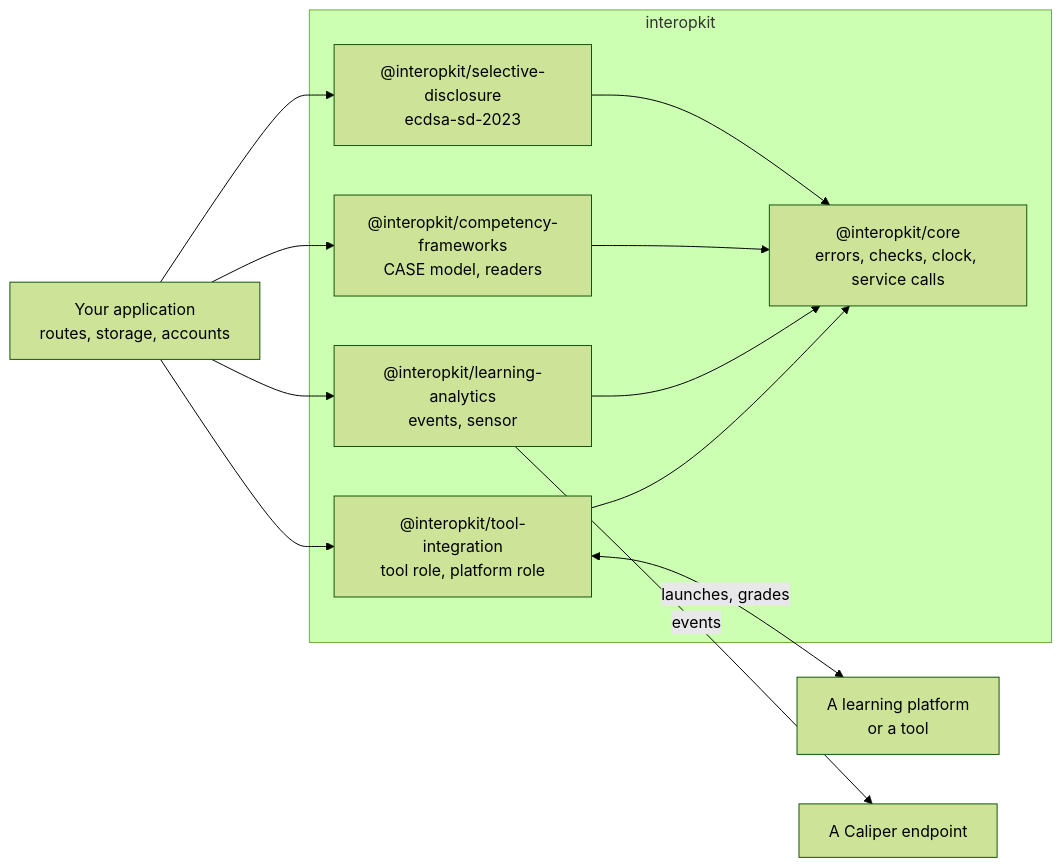
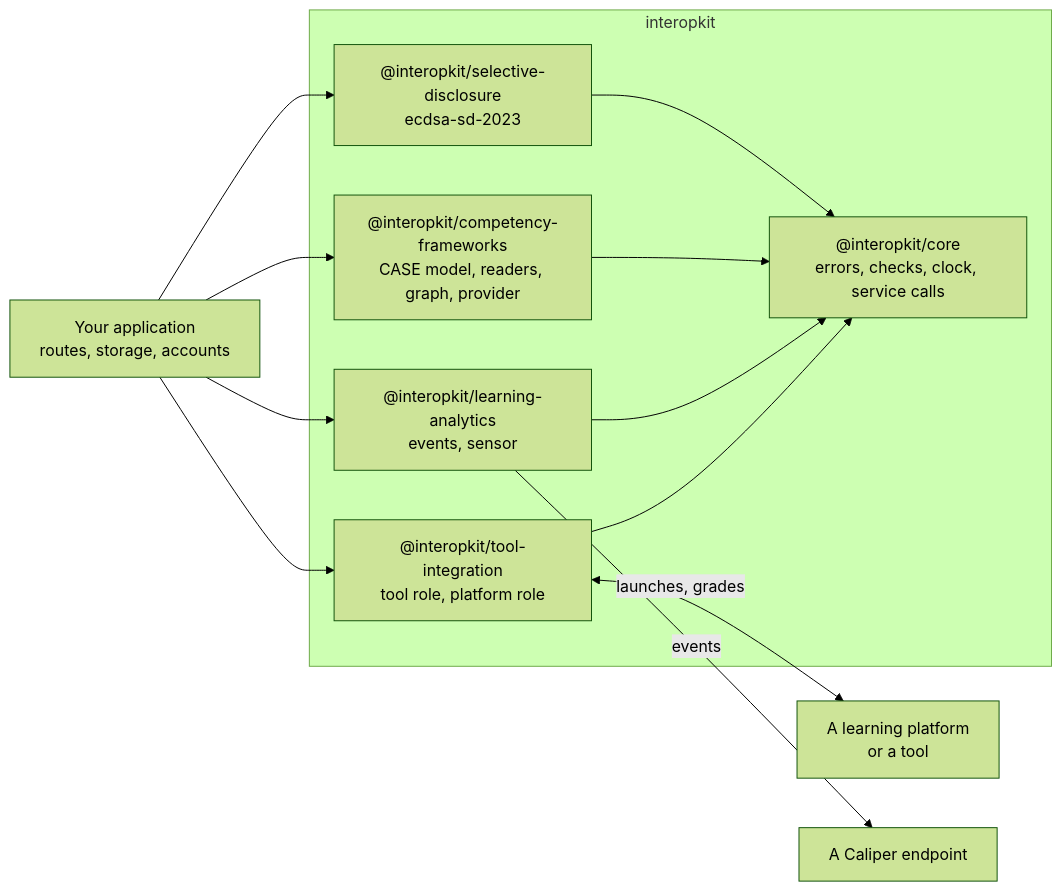
One commit to interopkit/interopkit changed the diagram in README.md. Above: the diagram before and after it, drawn with Mermaid (forest theme). The commit also changed other lines of this file and 32 other files, not shown here.

First line of the commit message:
Add the CASE graph: tree, associations, crosswalk, difference, staleness and adoption status

````diff
--- a/README.md
+++ b/README.md
@@ -11,23 +11,23 @@
 ```mermaid
 flowchart LR
   host["Your application<br/>routes, storage, accounts"]
   subgraph interopkit["interopkit"]
     core["@interopkit/core<br/>errors, checks, clock, service calls"]
     tool["@interopkit/tool-integration<br/>tool role, platform role"]
     analytics["@interopkit/learning-analytics<br/>events, sensor"]
-    frameworks["@interopkit/competency-frameworks<br/>CASE model, readers"]
+    frameworks["@interopkit/competency-frameworks<br/>CASE model, readers, graph, provider"]
     disclosure["@interopkit/selective-disclosure<br/>ecdsa-sd-2023"]
     tool --> core
     analytics --> core
     frameworks --> core
     disclosure --> core
   end
   platform["A learning platform<br/>or a tool"]
   endpoint["A Caliper endpoint"]
   host --> tool
   host --> analytics
   host --> frameworks
   host --> disclosure
   tool <-->|"launches, grades"| platform
   analytics -->|"events"| endpoint
 ```
````
